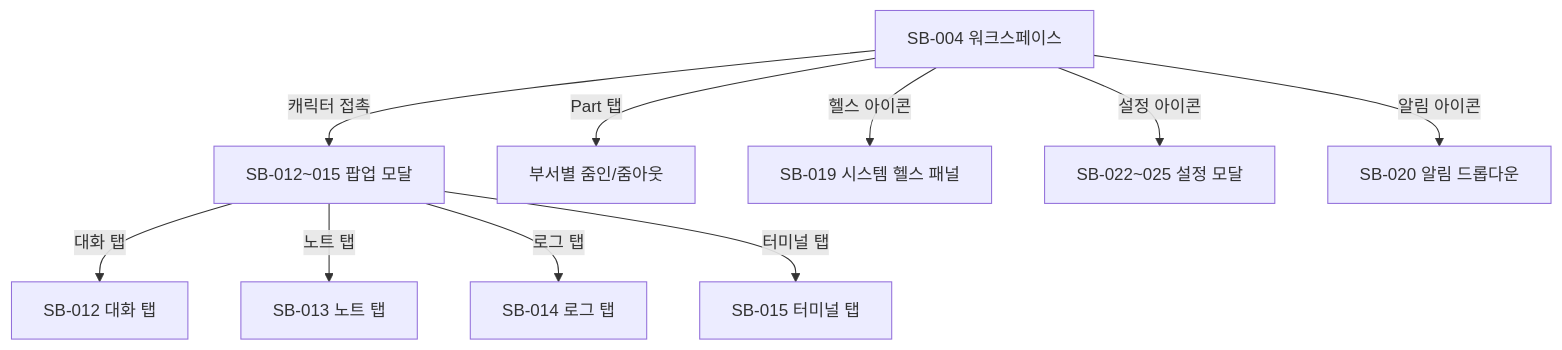
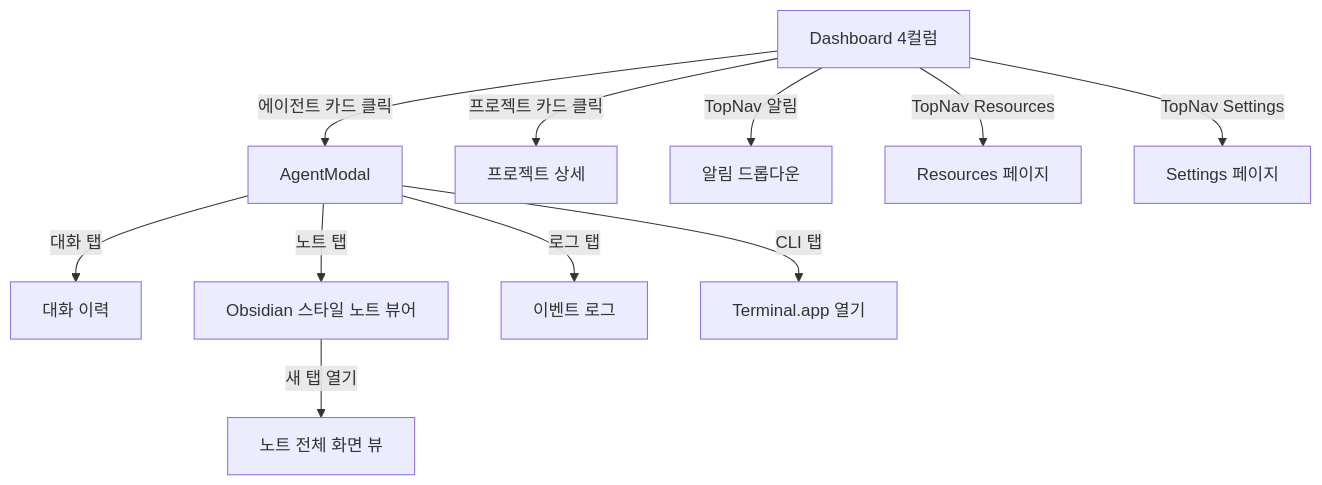
Diagram 13 of 15 in 03_design/🔀 user-flow.md (Jeonyunjae/ClaudeManager), drawn with Mermaid before and after one commit. The commit also changed other lines of this file and 221 other files, not shown here.

````diff
--- a/03_design/🔀 user-flow.md
+++ b/03_design/🔀 user-flow.md
@@ -255,13 +271,15 @@
 ```mermaid
 flowchart TD
-    SB004[SB-004 워크스페이스] -->|캐릭터 접촉| POPUP[SB-012~015 팝업 모달]
-    SB004 -->|Part 탭| ZOOM[부서별 줌인/줌아웃]
-    SB004 -->|헬스 아이콘| SB019[SB-019 시스템 헬스 패널]
-    SB004 -->|설정 아이콘| SB022[SB-022~025 설정 모달]
-    SB004 -->|알림 아이콘| SB020[SB-020 알림 드롭다운]
+    DASH[Dashboard 4컬럼] -->|에이전트 카드 클릭| MODAL[AgentModal]
+    DASH -->|프로젝트 카드 클릭| PROJECT[프로젝트 상세]
+    DASH -->|TopNav 알림| NOTIF[알림 드롭다운]
+    DASH -->|TopNav Resources| RESOURCES[Resources 페이지]
+    DASH -->|TopNav Settings| SETTINGS[Settings 페이지]
     
-    POPUP -->|대화 탭| SB012[SB-012 대화 탭]
-    POPUP -->|노트 탭| SB013[SB-013 노트 탭]
-    POPUP -->|로그 탭| SB014[SB-014 로그 탭]
-    POPUP -->|터미널 탭| SB015[SB-015 터미널 탭]
+    MODAL -->|대화 탭| CONV[대화 이력]
+    MODAL -->|노트 탭| NOTE[Obsidian 스타일 노트 뷰어]
+    MODAL -->|로그 탭| LOG[이벤트 로그]
+    MODAL -->|CLI 탭| CLI[Terminal.app 열기]
+    
+    NOTE -->|새 탭 열기| NOTE_PAGE[노트 전체 화면 뷰]
 ```
````
